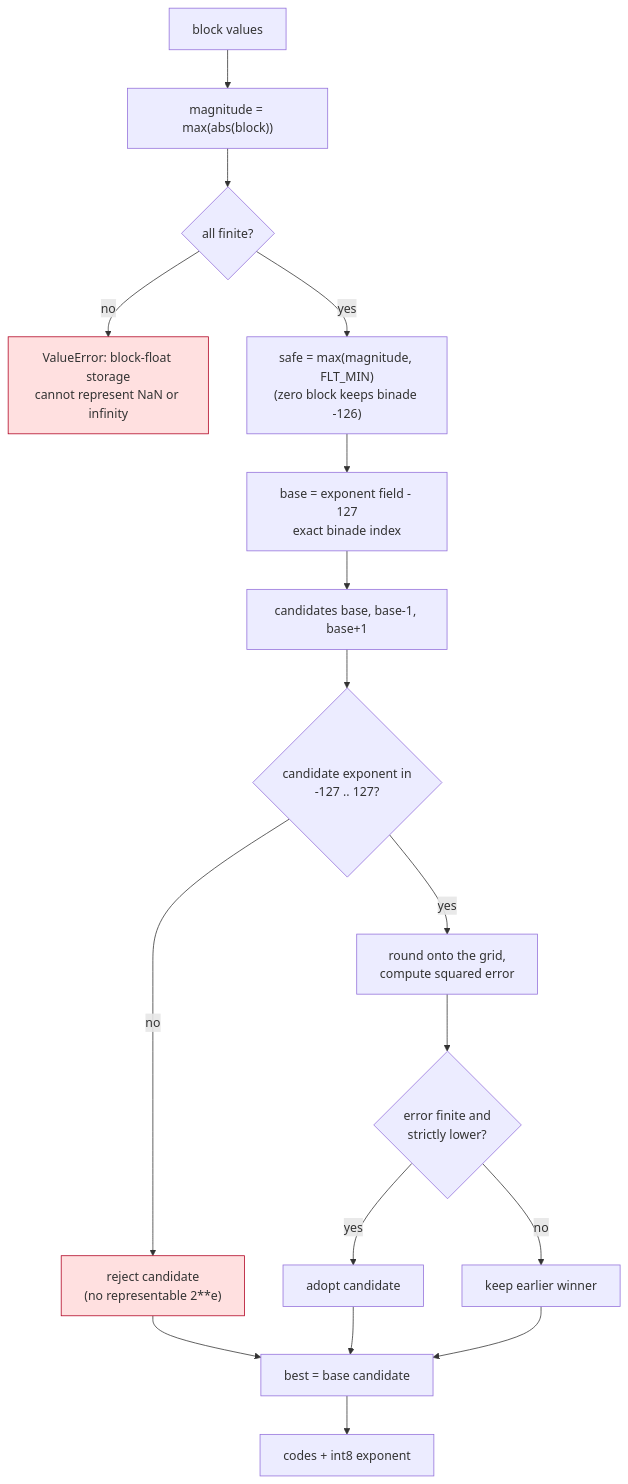
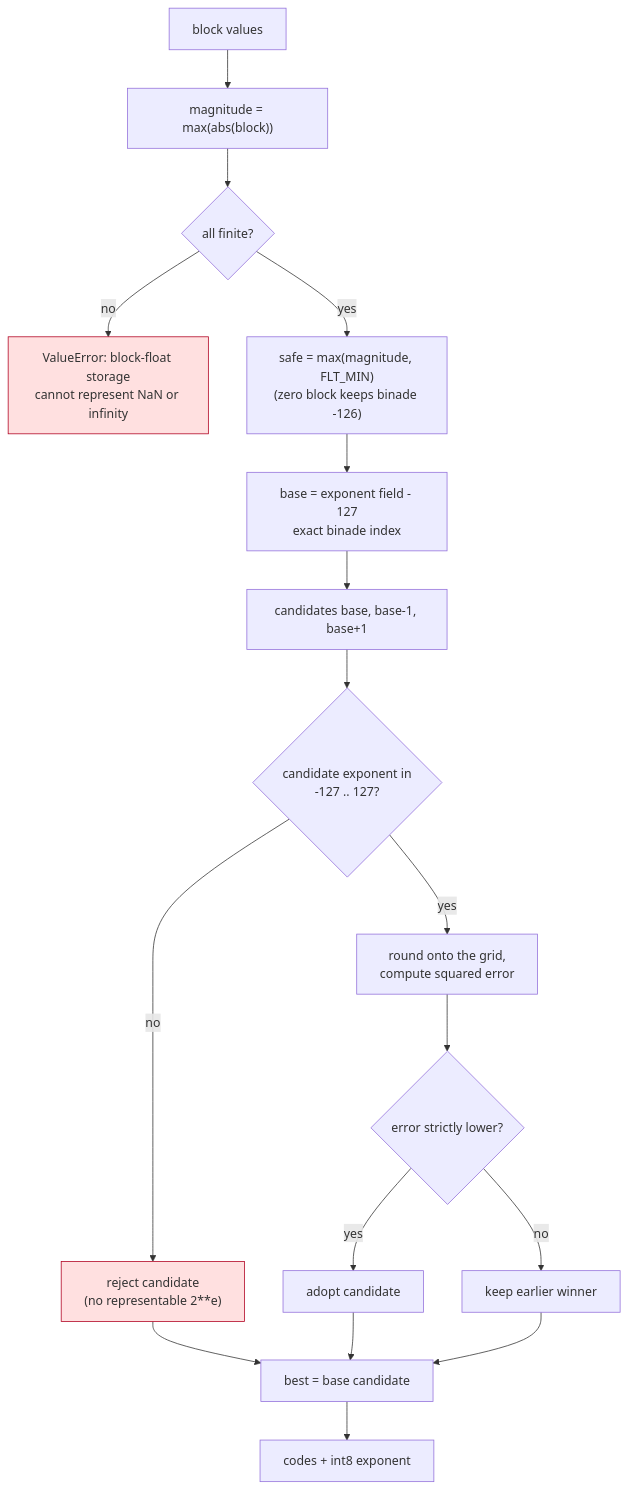
Diagram 11 of 12 in docs/tenstorrent.md (ModelCloud/GPTQModel), drawn with Mermaid before and after one commit. The commit also changed other lines of this file and 5 other files, not shown here.

````diff
--- a/docs/tenstorrent.md
+++ b/docs/tenstorrent.md
@@ -973,21 +973,21 @@
 ```mermaid
 flowchart TD
     A["block values"] --> B["magnitude = max(abs(block))"]
     B --> C{"all finite?"}
     C -- no --> R["ValueError: block-float storage<br/>cannot represent NaN or infinity"]
     C -- yes --> D["safe = max(magnitude, FLT_MIN)<br/>(zero block keeps binade -126)"]
     D --> E["base = exponent field - 127<br/>exact binade index"]
     E --> F["candidates base, base-1, base+1"]
     F --> G{"candidate exponent in<br/>-127 .. 127?"}
     G -- no --> H["reject candidate<br/>(no representable 2**e)"]
     G -- yes --> I["round onto the grid,<br/>compute squared error"]
-    I --> J{"error finite and<br/>strictly lower?"}
+    I --> J{"error strictly lower?"}
     J -- yes --> K["adopt candidate"]
     J -- no --> L["keep earlier winner"]
     H --> M["best = base candidate"]
     K --> M
     L --> M
     M --> N["codes + int8 exponent"]
     style R fill:#ffe0e0,stroke:#b00020
     style H fill:#ffe0e0,stroke:#b00020
 ```
````
